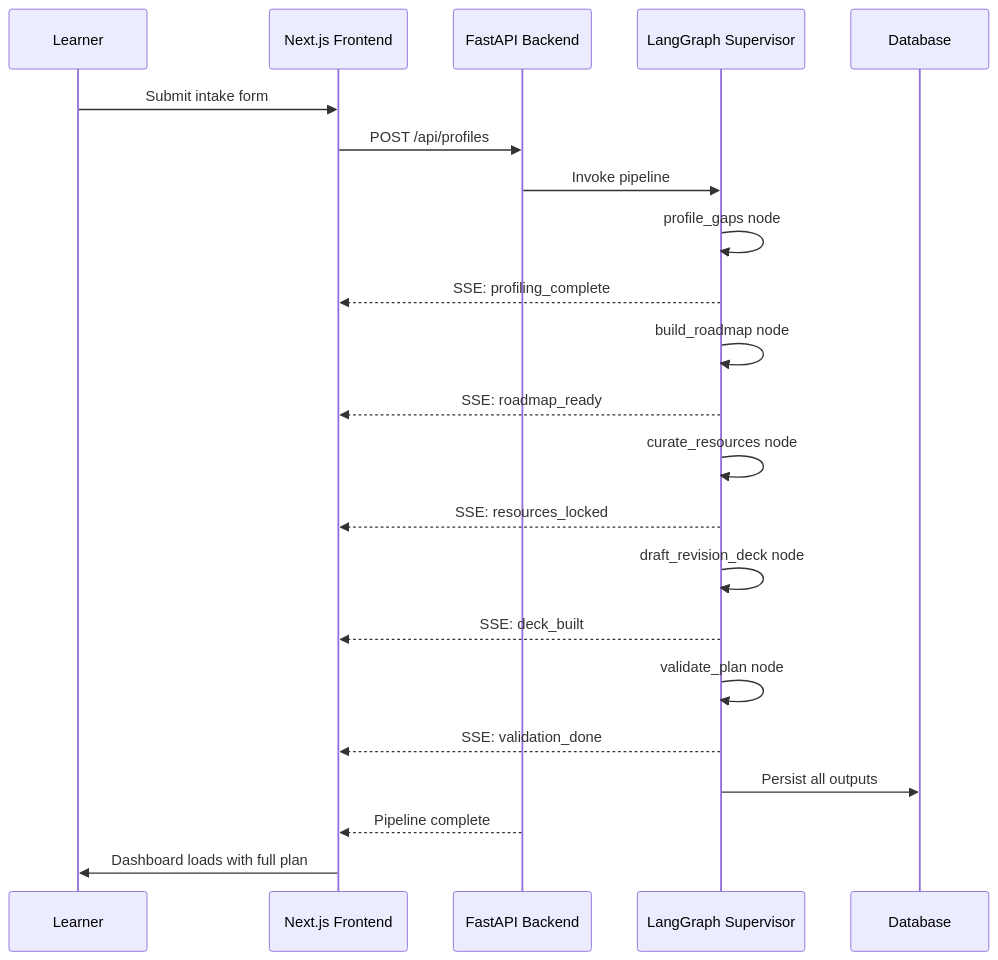
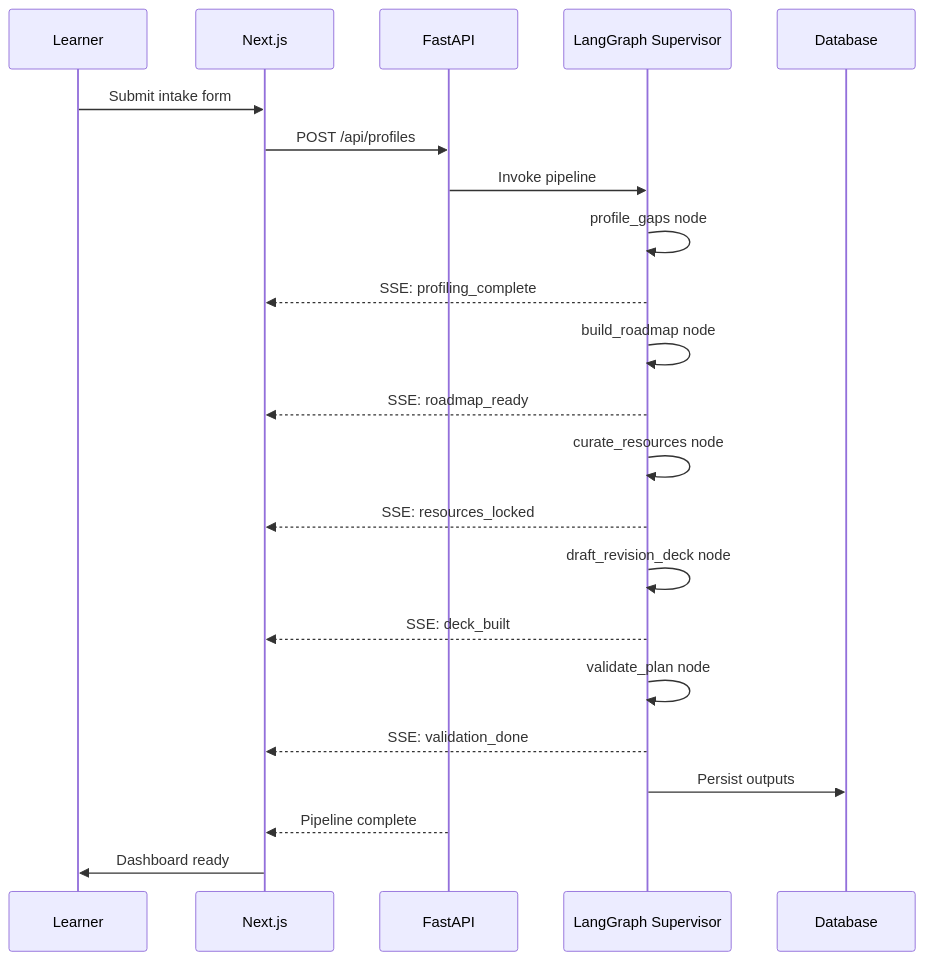
Before and after one commit to Monisha-1508/SKILLSYNC_AI: the third of 5 diagrams in README.md, drawn with Mermaid. The commit also changed other lines of this file, not shown here.

````diff
--- a/README.md
+++ b/README.md
@@ -285,25 +216,25 @@
 ```mermaid
 sequenceDiagram
     participant U as Learner
-    participant FE as Next.js Frontend
-    participant BE as FastAPI Backend
+    participant FE as Next.js
+    participant BE as FastAPI
     participant SUP as LangGraph Supervisor
     participant DB as Database
 
     U->>FE: Submit intake form
     FE->>BE: POST /api/profiles
     BE->>SUP: Invoke pipeline
     SUP->>SUP: profile_gaps node
     SUP-->>FE: SSE: profiling_complete
     SUP->>SUP: build_roadmap node
     SUP-->>FE: SSE: roadmap_ready
     SUP->>SUP: curate_resources node
     SUP-->>FE: SSE: resources_locked
     SUP->>SUP: draft_revision_deck node
     SUP-->>FE: SSE: deck_built
     SUP->>SUP: validate_plan node
     SUP-->>FE: SSE: validation_done
-    SUP->>DB: Persist all outputs
+    SUP->>DB: Persist outputs
     BE-->>FE: Pipeline complete
-    FE->>U: Dashboard loads with full plan
+    FE->>U: Dashboard ready
 ```
````
